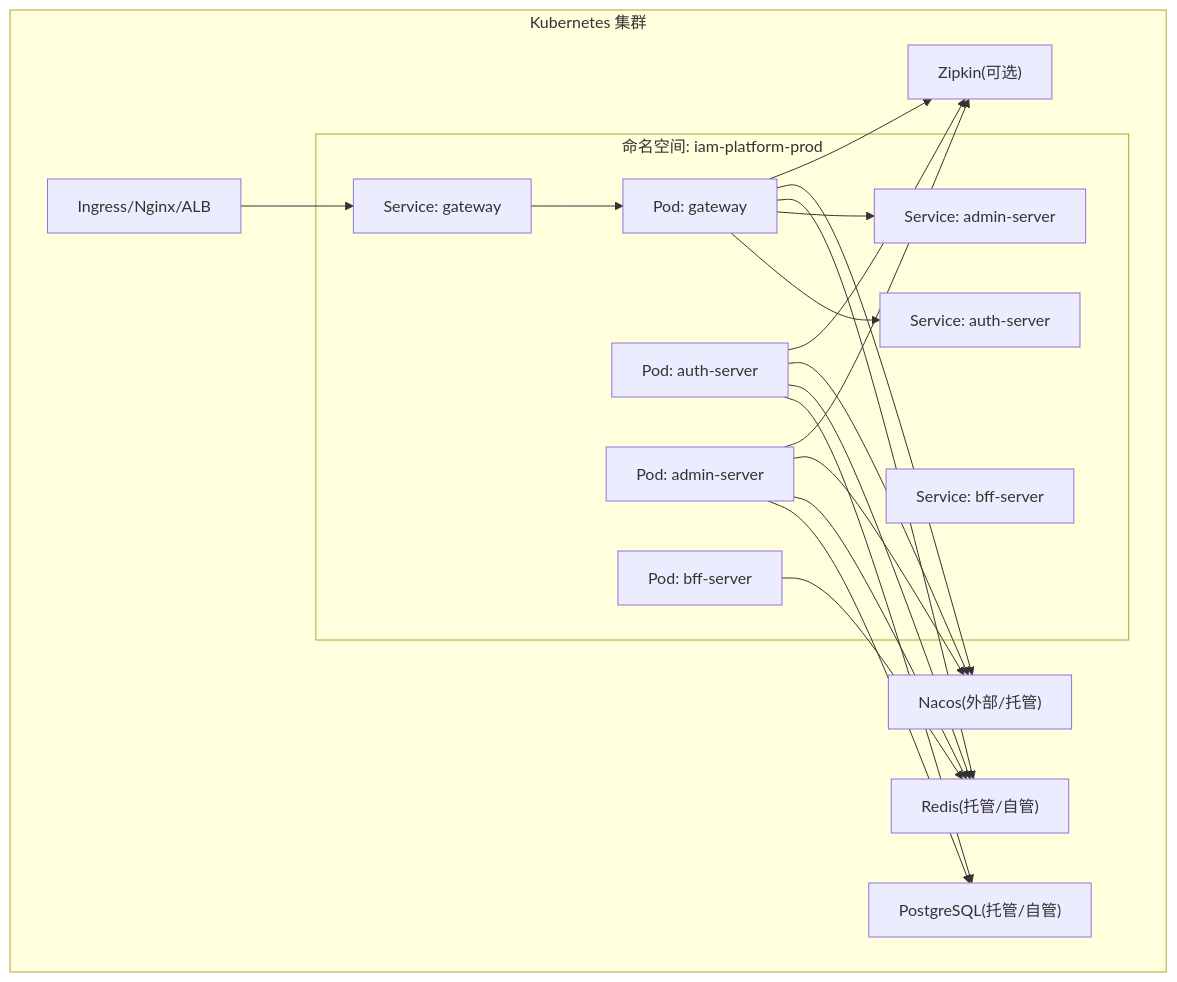
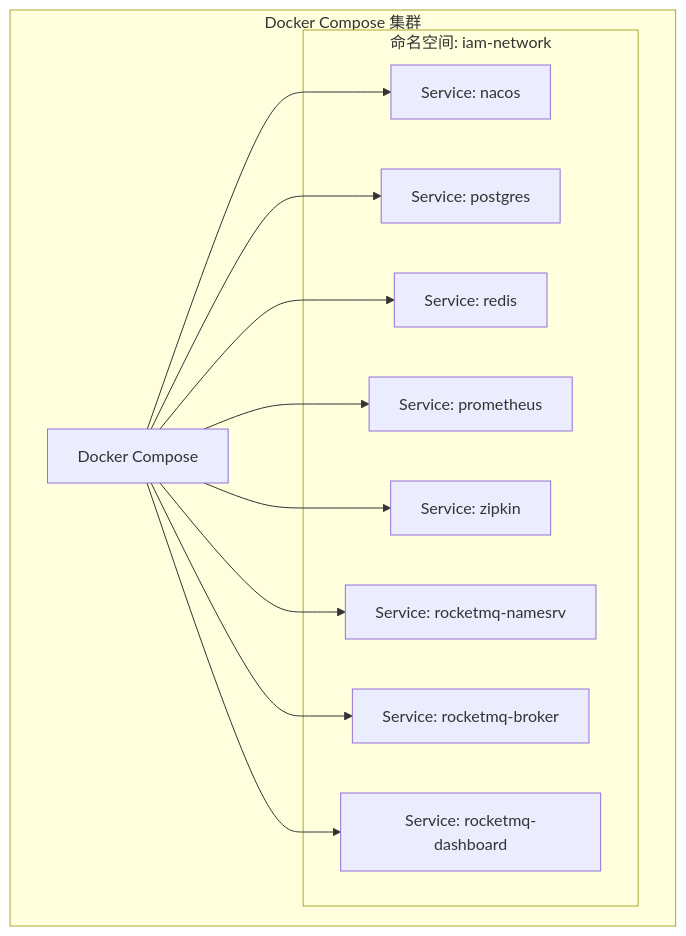
The second of 4 diagrams in .qoder/repowiki/zh/content/部署运维/部署运维.md (fq0121104930716/iam-platform), drawn with Mermaid before and after one commit. The commit also changed other lines of this file and 50 other files, not shown here.

````diff
--- a/.qoder/repowiki/zh/content/部署运维/部署运维.md
+++ b/.qoder/repowiki/zh/content/部署运维/部署运维.md
@@ -95,36 +95,24 @@
 ```mermaid
 graph TB
-subgraph "Kubernetes 集群"
-ING["Ingress/Nginx/ALB"]
-subgraph "命名空间: iam-platform-prod"
-SVC_GW["Service: gateway"]
-POD_GW["Pod: gateway"]
-SVC_AUTH["Service: auth-server"]
-POD_AUTH["Pod: auth-server"]
-SVC_ADMIN["Service: admin-server"]
-POD_ADMIN["Pod: admin-server"]
-SVC_BFF["Service: bff-server"]
-POD_BFF["Pod: bff-server"]
+subgraph "Docker Compose 集群"
+ING["Docker Compose"]
+subgraph "命名空间: iam-network"
+SVC_NACOS["Service: nacos"]
+SVC_PG["Service: postgres"]
+SVC_RDS["Service: redis"]
+SVC_PROM["Service: prometheus"]
+SVC_ZIP["Service: zipkin"]
+SVC_RM_NAMESRV["Service: rocketmq-namesrv"]
+SVC_RM_BROKER["Service: rocketmq-broker"]
+SVC_RM_DASHBOARD["Service: rocketmq-dashboard"]
 end
-REG["Nacos(外部/托管)"]
-DB["PostgreSQL(托管/自管)"]
-CACHE["Redis(托管/自管)"]
-TRACER["Zipkin(可选)"]
 end
-ING --> SVC_GW
-SVC_GW --> POD_GW
-POD_GW --> SVC_AUTH
-POD_GW --> SVC_ADMIN
-POD_AUTH --> DB
-POD_ADMIN --> DB
-POD_GW --> CACHE
-POD_AUTH --> CACHE
-POD_ADMIN --> CACHE
-POD_BFF --> CACHE
-POD_GW --> REG
-POD_AUTH --> REG
-POD_ADMIN --> REG
-POD_GW --> TRACER
-POD_AUTH --> TRACER
-POD_ADMIN --> TRACER
+ING --> SVC_NACOS
+ING --> SVC_PG
+ING --> SVC_RDS
+ING --> SVC_PROM
+ING --> SVC_ZIP
+ING --> SVC_RM_NAMESRV
+ING --> SVC_RM_BROKER
+ING --> SVC_RM_DASHBOARD
 ```
````
